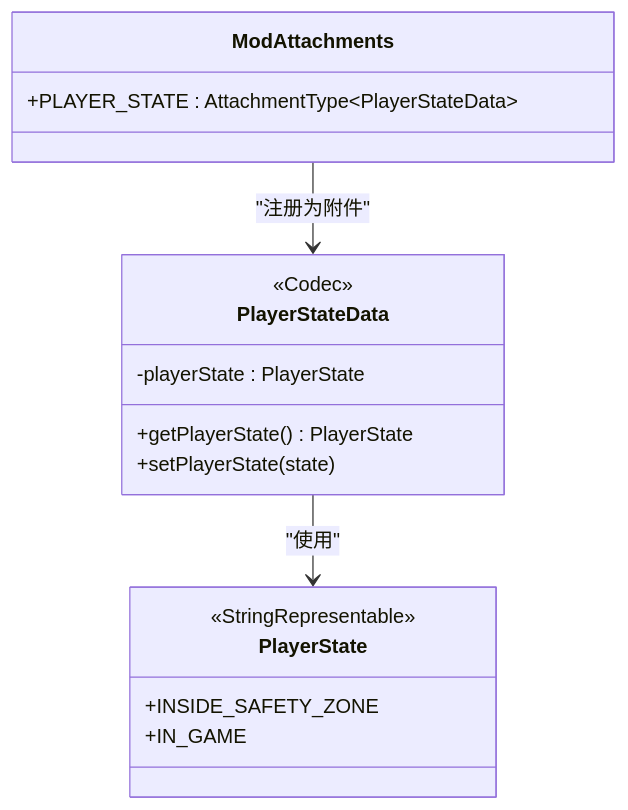
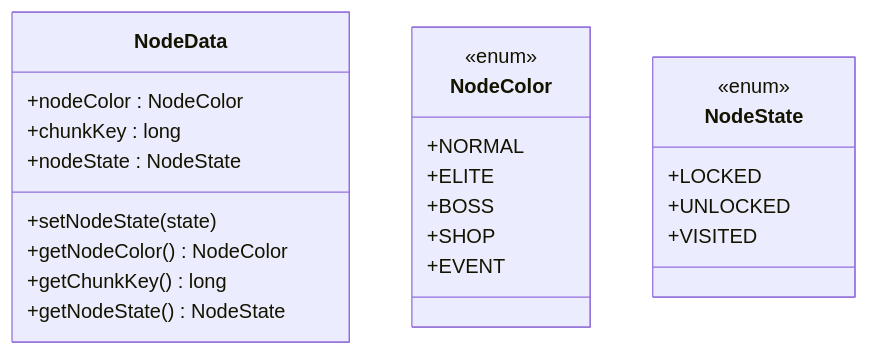
One commit to Ver-shift/SubModulesGeneHunter changed the fourth of 8 diagrams in .qoder/repowiki/zh/content/模块架构/Beyond安全区模块/Beyond安全区模块.md. Above: the diagram before and after it, drawn with Mermaid. The commit also changed other lines of this file and 42 other files, not shown here.

````diff
--- a/.qoder/repowiki/zh/content/模块架构/Beyond安全区模块/Beyond安全区模块.md
+++ b/.qoder/repowiki/zh/content/模块架构/Beyond安全区模块/Beyond安全区模块.md
@@ -211,19 +205,26 @@
 ```mermaid
 classDiagram
-class PlayerStateData {
--playerState : PlayerState
-+getPlayerState() PlayerState
-+setPlayerState(state)
-<<Codec>>
+class NodeData {
++nodeColor : NodeColor
++chunkKey : long
++nodeState : NodeState
++setNodeState(state)
++getNodeColor() NodeColor
++getChunkKey() long
++getNodeState() NodeState
 }
-class PlayerState {
-+INSIDE_SAFETY_ZONE
-+IN_GAME
-<<StringRepresentable>>
+class NodeColor {
+<<enum>>
++NORMAL
++ELITE
++BOSS
++SHOP
++EVENT
 }
-class ModAttachments {
-+PLAYER_STATE : AttachmentType~PlayerStateData~
+class NodeState {
+<<enum>>
++LOCKED
++UNLOCKED
++VISITED
 }
-PlayerStateData --> PlayerState : "使用"
-ModAttachments --> PlayerStateData : "注册为附件"
 ```
````
